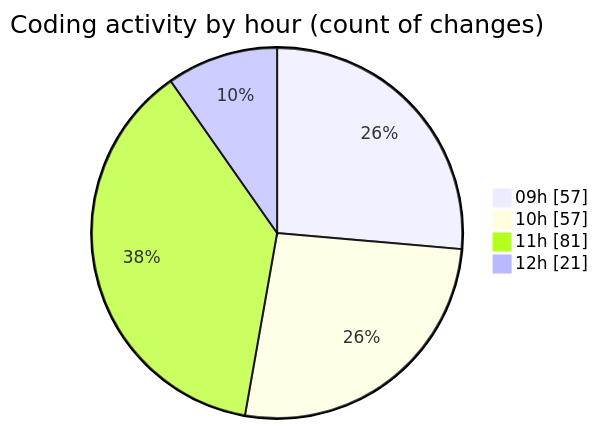
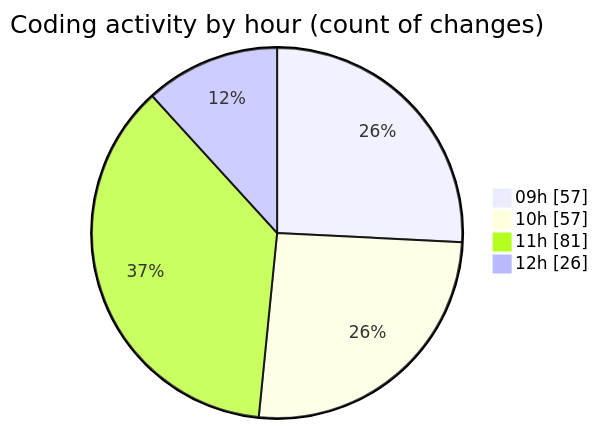
One commit to momahboobian/code-tracking changed the second of 2 diagrams in 2025-09-19/cda/README.md. Above: the diagram before and after it, drawn with Mermaid. The commit also changed other lines of this file and 1 other file, not shown here.

````diff
--- a/2025-09-19/cda/README.md
+++ b/2025-09-19/cda/README.md
@@ -30,8 +30,8 @@
 ```mermaid
 pie showData
 title Coding activity by hour (count of changes)
 "09h" : 57
 "10h" : 57
 "11h" : 81
-"12h" : 21
+"12h" : 26
 ```
````
